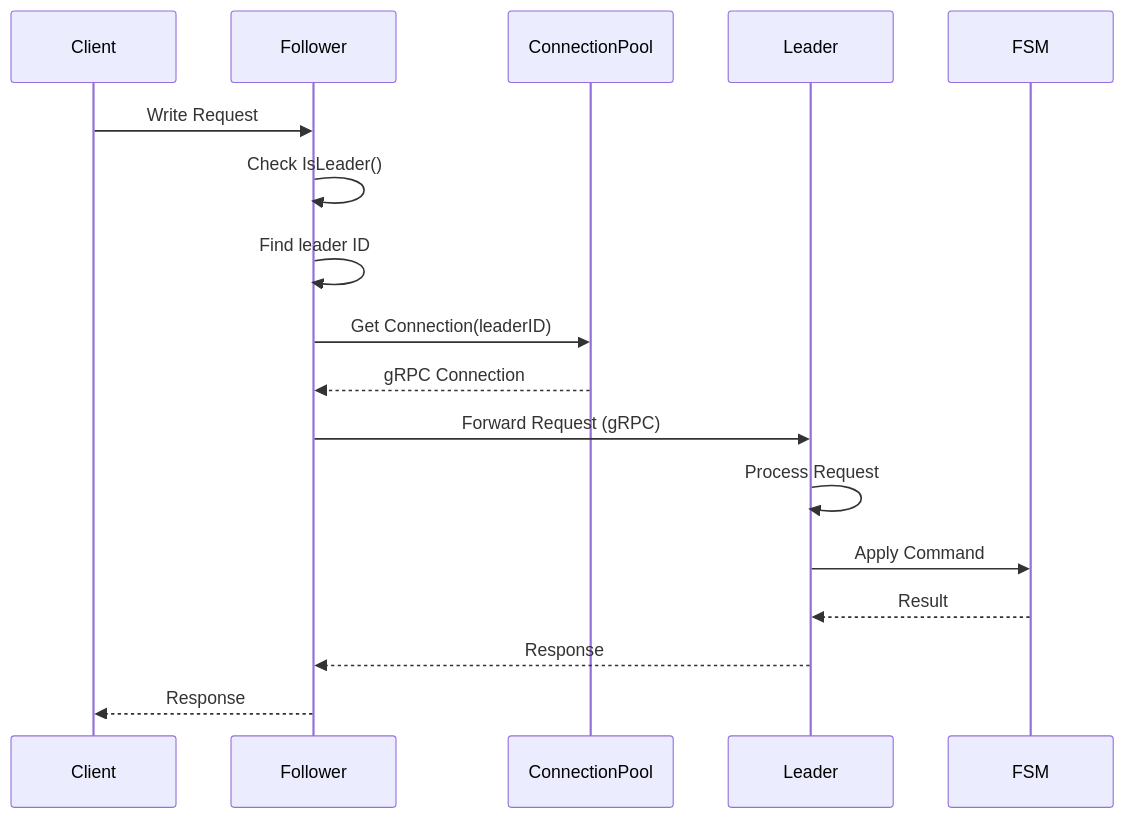
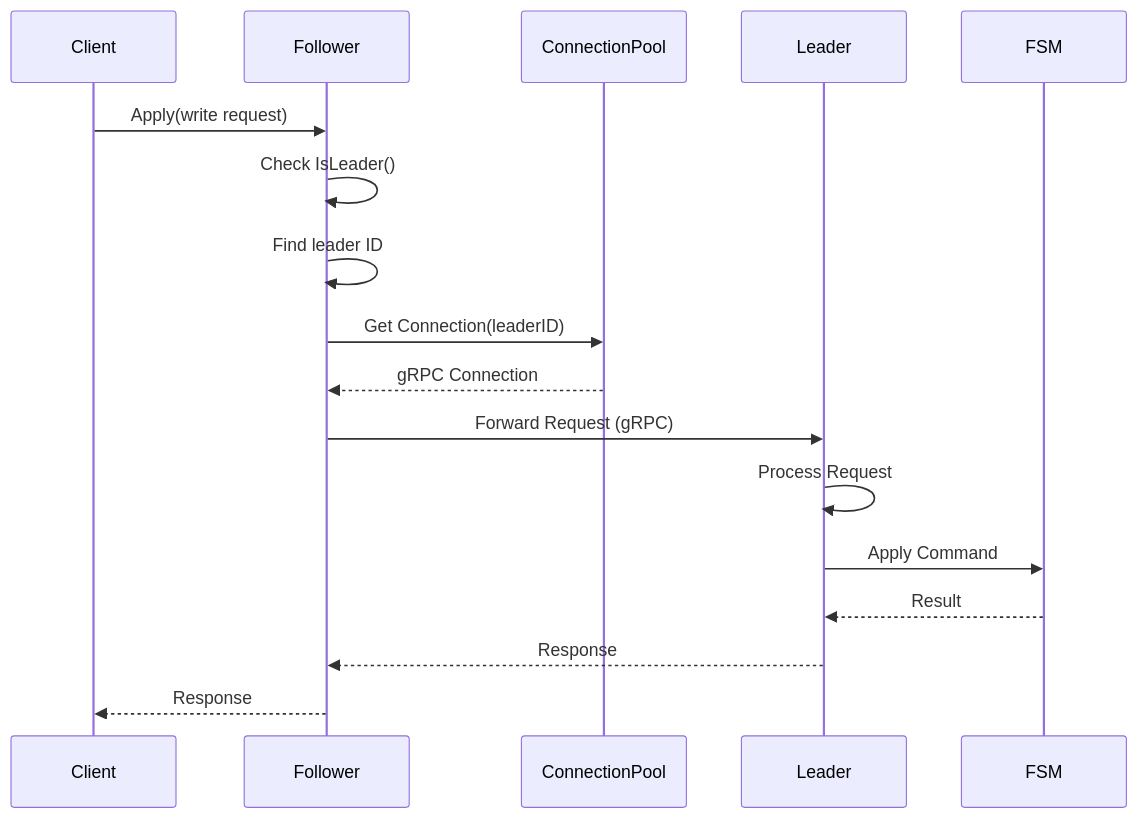
Before and after one commit to formancehq/ledger: the seventh of 11 diagrams in docs/dev/architecture/data-flows.md, drawn with Mermaid. The commit also changed other lines of this file and 11 other files, not shown here.

````diff
--- a/docs/dev/architecture/data-flows.md
+++ b/docs/dev/architecture/data-flows.md
@@ -553,23 +553,23 @@
 ```mermaid
 sequenceDiagram
     participant Client
     participant Follower
     participant ConnectionPool
     participant Leader
     participant FSM
-    
-    Client->>Follower: Write Request
+
+    Client->>Follower: Apply(write request)
     Follower->>Follower: Check IsLeader()
     Follower->>Follower: Find leader ID
-    
+
     Follower->>ConnectionPool: Get Connection(leaderID)
     ConnectionPool-->>Follower: gRPC Connection
-    
+
     Follower->>Leader: Forward Request (gRPC)
     Leader->>Leader: Process Request
     Leader->>FSM: Apply Command
     FSM-->>Leader: Result
     Leader-->>Follower: Response
-    
+
     Follower-->>Client: Response
 ```
````
